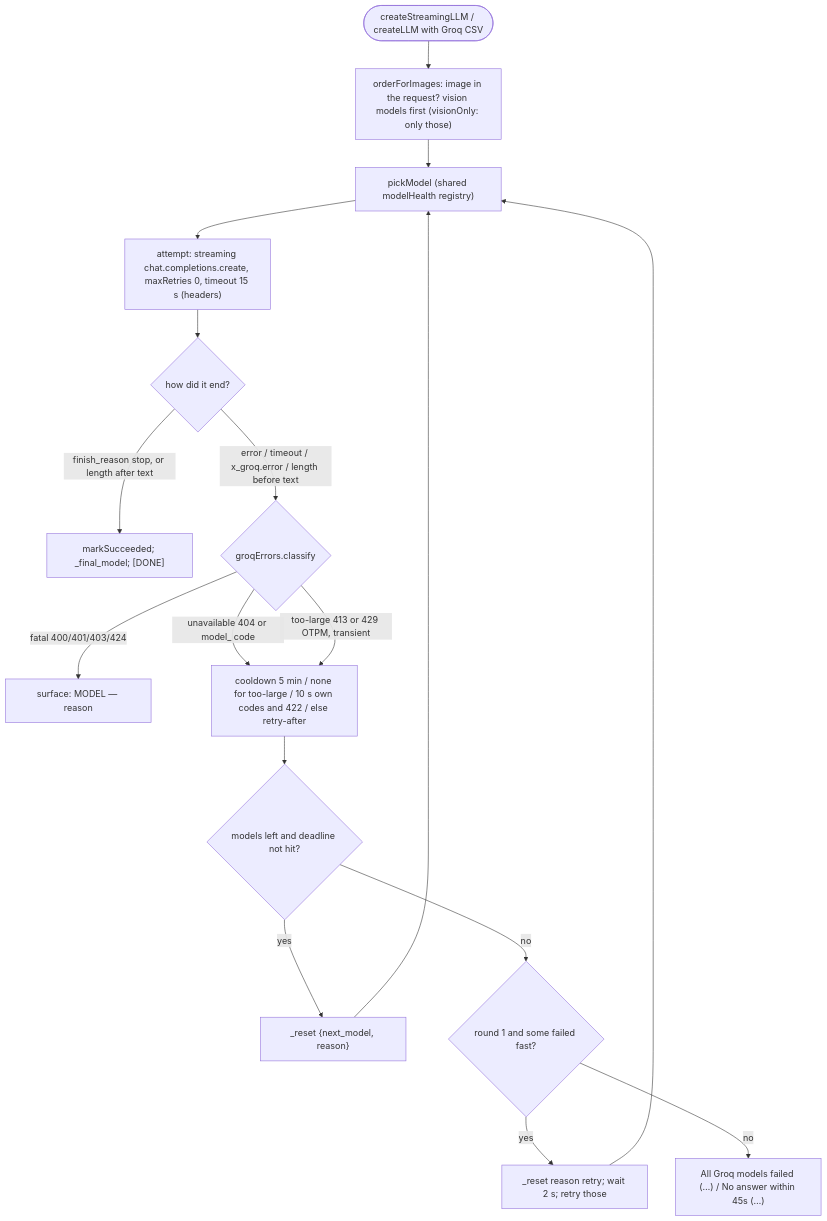
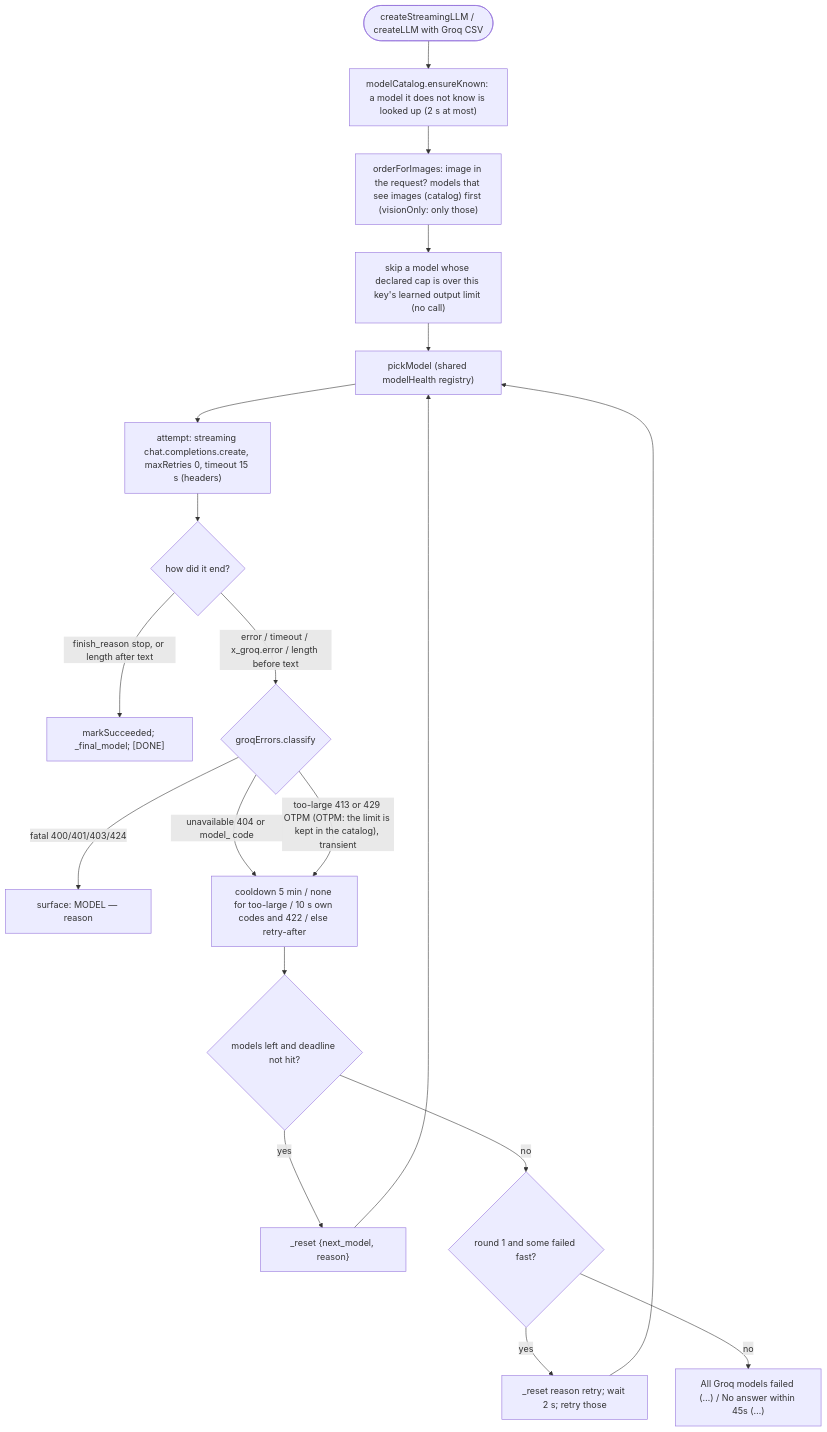
One commit to tas88-sys/glass changed diagram 14 of 17 in ARCHITECTURE.md. Above: the diagram before and after it, drawn with Mermaid. The commit also changed other lines of this file and 22 other files, not shown here.

First line of the commit message:
document the model catalog and add its spec

````diff
--- a/ARCHITECTURE.md
+++ b/ARCHITECTURE.md
@@ -848,17 +940,19 @@
 ```mermaid
 flowchart TB
-    start(["createStreamingLLM / createLLM with Groq CSV"]) --> order["orderForImages: image in the request? vision models first (visionOnly: only those)"]
-    order --> pick["pickModel (shared modelHealth registry)"]
+    start(["createStreamingLLM / createLLM with Groq CSV"]) --> learn["modelCatalog.ensureKnown: a model it does not know is looked up (2 s at most)"]
+    learn --> order["orderForImages: image in the request? models that see images (catalog) first (visionOnly: only those)"]
+    order --> limit["skip a model whose declared cap is over this key's learned output limit (no call)"]
+    limit --> pick["pickModel (shared modelHealth registry)"]
     pick --> attempt["attempt: streaming chat.completions.create, maxRetries 0, timeout 15 s (headers)"]
     attempt --> ok{"how did it end?"}
     ok -->|"finish_reason stop, or length after text"| done["markSucceeded; _final_model; [DONE]"]
     ok -->|"error / timeout / x_groq.error / length before text"| kind{"groqErrors.classify"}
     kind -->|"fatal 400/401/403/424"| fatal["surface: MODEL — reason"]
     kind -->|"unavailable 404 or model_ code"| next["cooldown 5 min / none for too-large / 10 s own codes and 422 / else retry-after"]
-    kind -->|"too-large 413 or 429 OTPM, transient"| next
+    kind -->|"too-large 413 or 429 OTPM (OTPM: the limit is kept in the catalog), transient"| next
     next --> more{"models left and deadline not hit?"}
     more -->|yes| reset["_reset {next_model, reason}"] --> pick
     more -->|no| round{"round 1 and some failed fast?"}
     round -->|yes| retry["_reset reason retry; wait 2 s; retry those"] --> pick
     round -->|no| allfail["All Groq models failed (…) / No answer within 45s (…)"]
 ```
````
